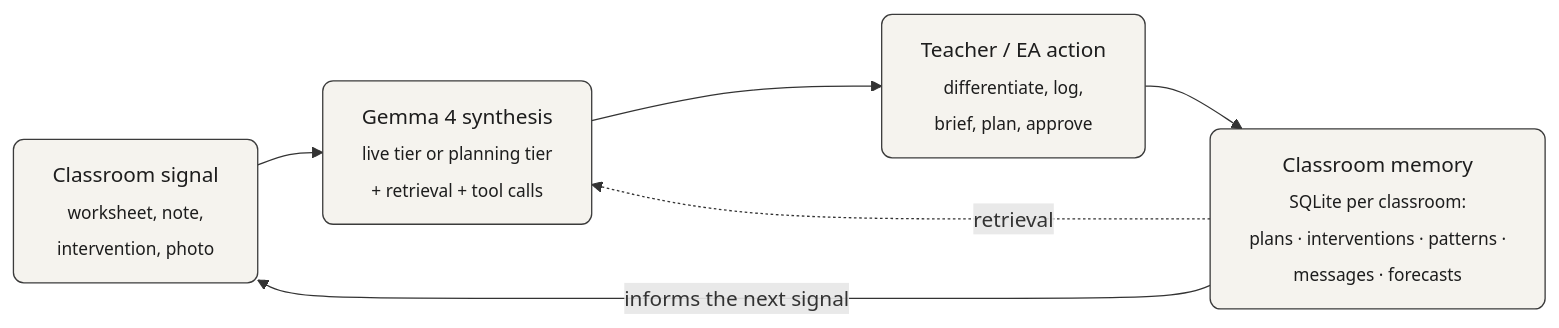
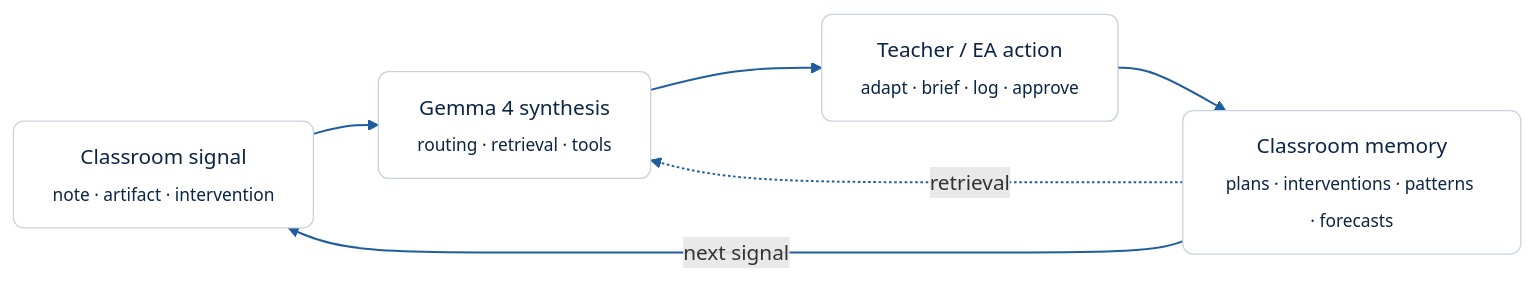
The diagram in docs/architecture.md (Bwillia13x/prairieclassroom-os), drawn with Mermaid before and after one commit. The commit also changed 41 other files, not shown here.

````diff
--- a/docs/architecture.md
+++ b/docs/architecture.md
@@ -13,11 +13,12 @@
 ```mermaid
 flowchart LR
-    Signal["Classroom signal<br/><sub>worksheet, note,<br/>intervention, photo</sub>"] --> Synthesis
-    Synthesis["Gemma 4 synthesis<br/><sub>live tier or planning tier<br/>+ retrieval + tool calls</sub>"] --> Action
-    Action["Teacher / EA action<br/><sub>differentiate, log,<br/>brief, plan, approve</sub>"] --> Memory
-    Memory["Classroom memory<br/><sub>SQLite per classroom:<br/>plans · interventions · patterns ·<br/>messages · forecasts</sub>"] -.->|retrieval| Synthesis
-    Memory -->|"informs the next signal"| Signal
+    Signal["Classroom signal<br/><sub>note · artifact · intervention</sub>"] --> Synthesis
+    Synthesis["Gemma 4 synthesis<br/><sub>routing · retrieval · tools</sub>"] --> Action
+    Action["Teacher / EA action<br/><sub>adapt · brief · log · approve</sub>"] --> Memory
+    Memory["Classroom memory<br/><sub>plans · interventions · patterns · forecasts</sub>"] -.->|retrieval| Synthesis
+    Memory -->|"next signal"| Signal
 
-    classDef nodeStyle fill:#f5f3ee,stroke:#3b3b3b,color:#1d1d1d,rx:8,ry:8
+    classDef nodeStyle fill:#FFFFFF,stroke:#C9D3DF,color:#0B2545,rx:8,ry:8
+    linkStyle default stroke:#1F5E9E,stroke-width:1.5px
     class Signal,Synthesis,Action,Memory nodeStyle
 ```
````
